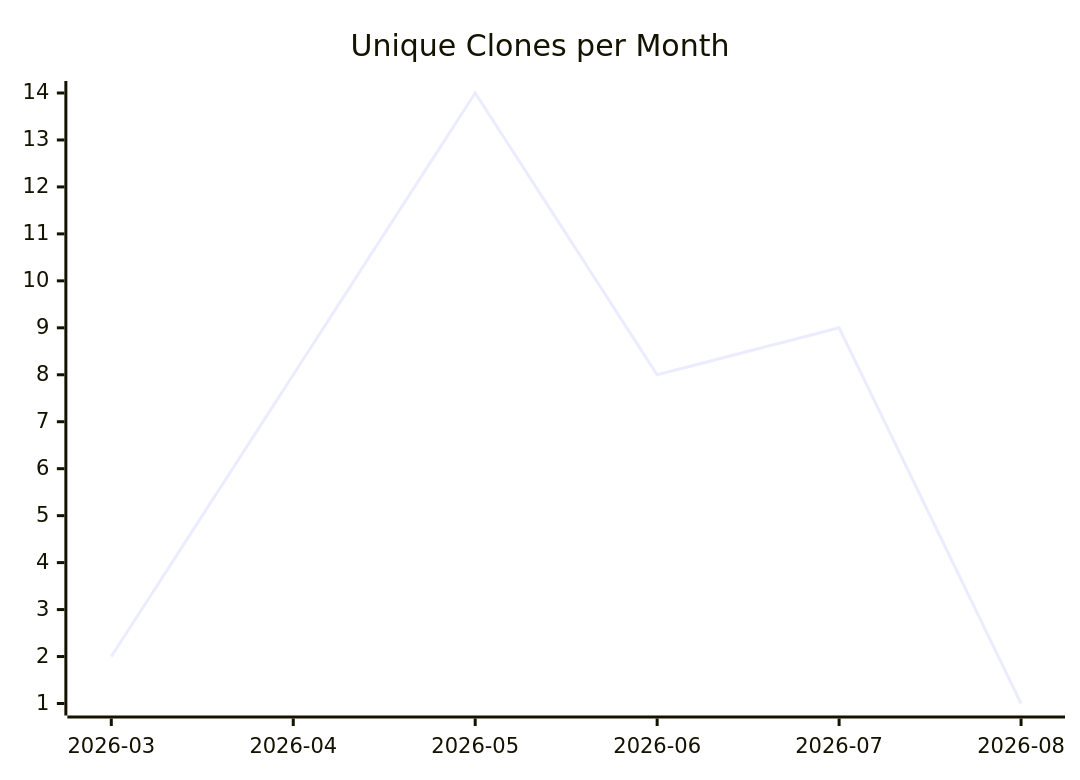
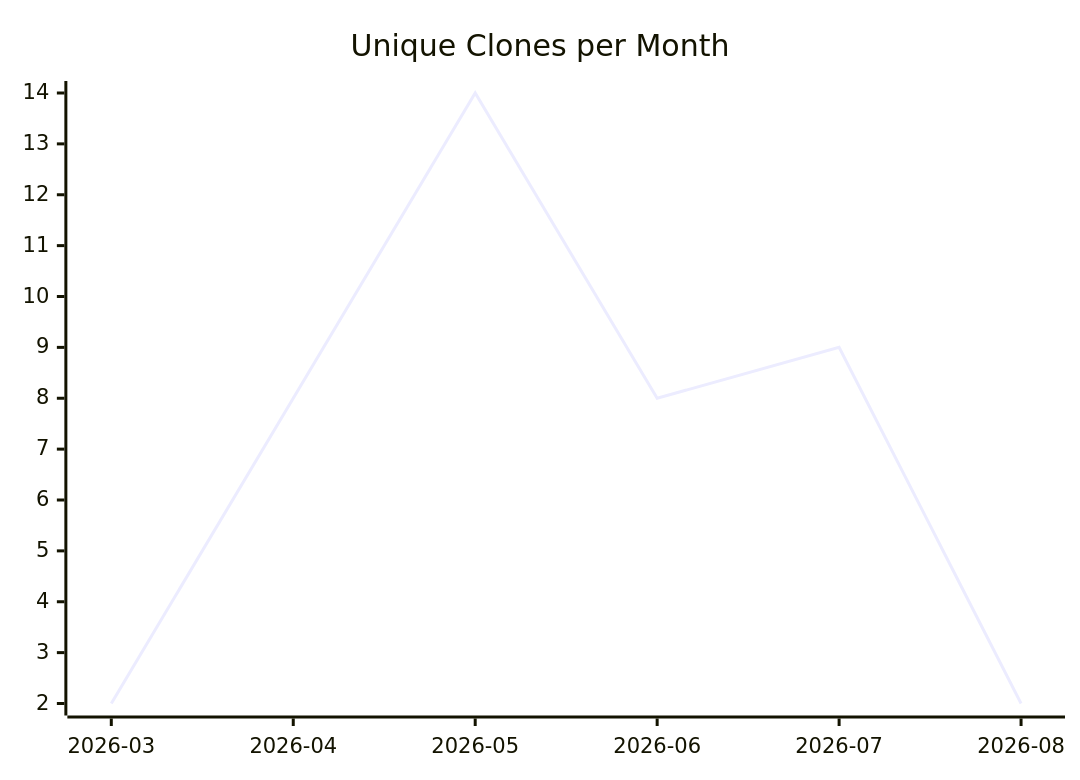
Before and after one commit to justdavis-family/github-analytics-data: the third of 3 diagrams in karlmdavis/kobjects/README.md, drawn with Mermaid. The commit also changed other lines of this file and 176 other files, not shown here.

````diff
--- a/karlmdavis/kobjects/README.md
+++ b/karlmdavis/kobjects/README.md
@@ -19,6 +19,6 @@
 ```mermaid
 xychart-beta
   title "Unique Clones per Month"
   x-axis ["2026-03", "2026-04", "2026-05", "2026-06", "2026-07", "2026-08"]
-  line [2, 8, 14, 8, 9, 1]
+  line [2, 8, 14, 8, 9, 2]
 ```
````
